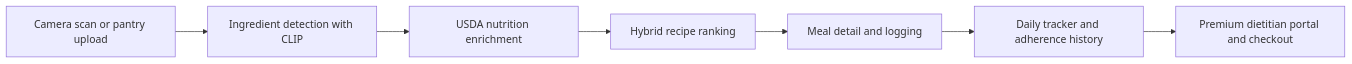
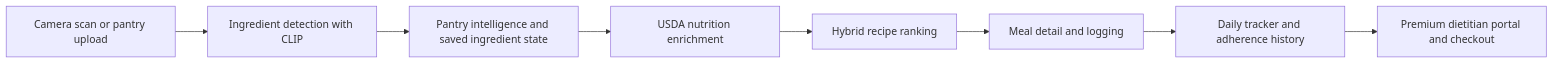
One commit to adityatiwari9t8/nutrisync changed the diagram in README.md. Above: the diagram before and after it, drawn with Mermaid. The commit also changed other lines of this file, not shown here.

````diff
--- a/README.md
+++ b/README.md
@@ -35,9 +35,10 @@
 ```mermaid
 flowchart LR
   A["Camera scan or pantry upload"] --> B["Ingredient detection with CLIP"]
-  B --> C["USDA nutrition enrichment"]
-  C --> D["Hybrid recipe ranking"]
-  D --> E["Meal detail and logging"]
-  E --> F["Daily tracker and adherence history"]
-  F --> G["Premium dietitian portal and checkout"]
+  B --> C["Pantry intelligence and saved ingredient state"]
+  C --> D["USDA nutrition enrichment"]
+  D --> E["Hybrid recipe ranking"]
+  E --> F["Meal detail and logging"]
+  F --> G["Daily tracker and adherence history"]
+  G --> H["Premium dietitian portal and checkout"]
 ```
````
